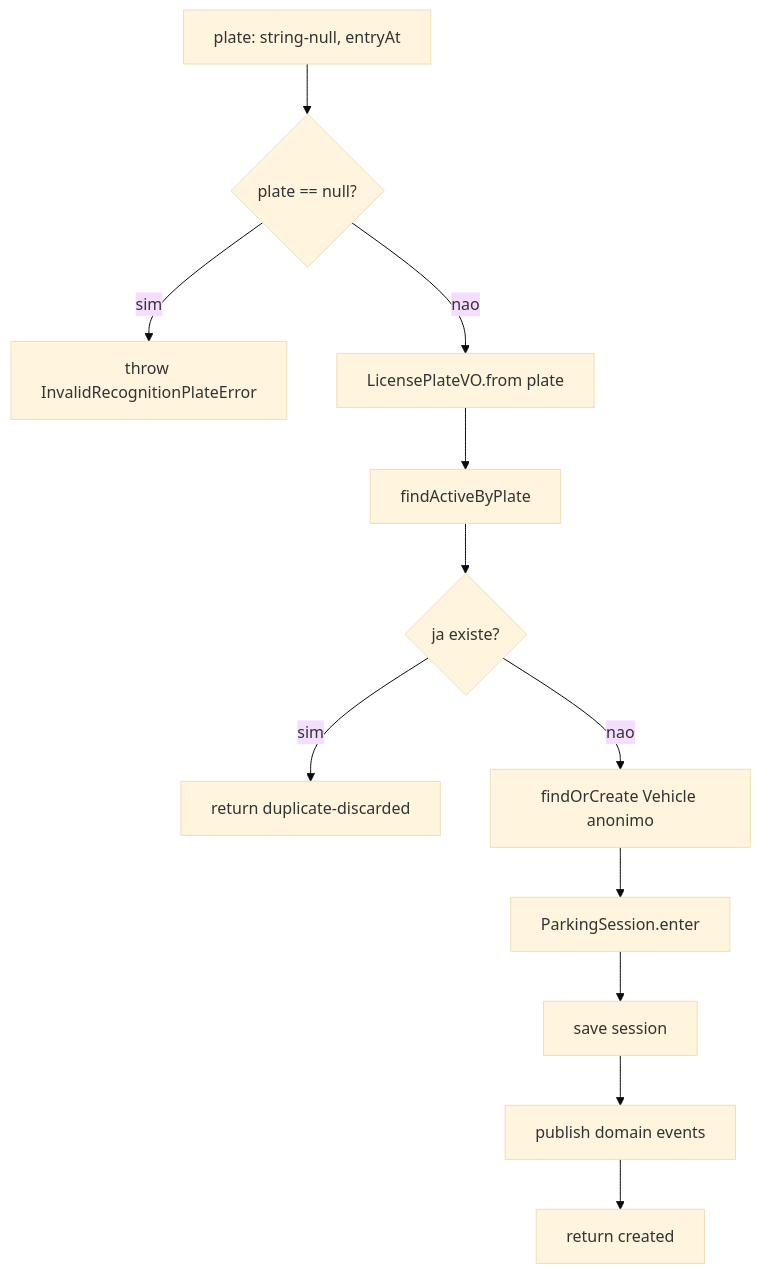
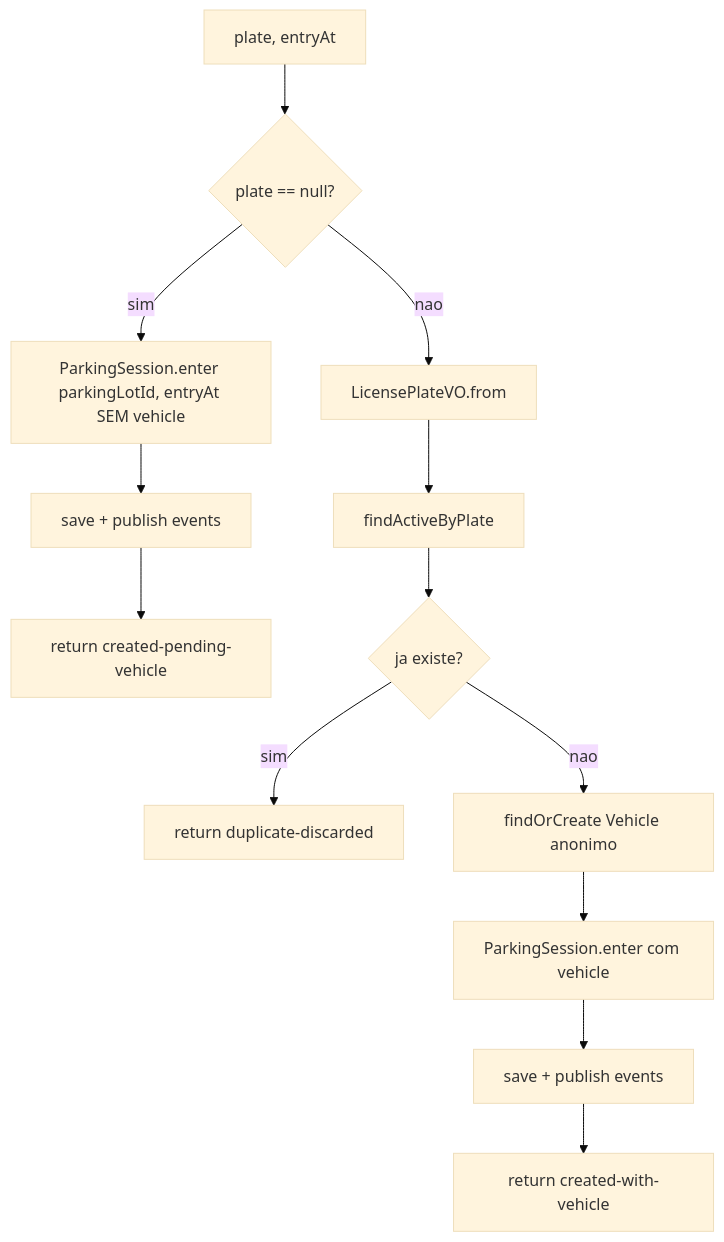
Before and after one commit to luigimenezes13/parking: the seventh of 9 diagrams in docs/sprint-5-events-flow.md, drawn with Mermaid (base theme). The commit also changed other lines of this file and 30 other files, not shown here.

Commit message:
feat: enhance parking session management by implementing pending vehicle handling, updating session creation logic, and refining event emission for vehicle entry and exit

````diff
--- a/docs/sprint-5-events-flow.md
+++ b/docs/sprint-5-events-flow.md
@@ -434,14 +335,15 @@
 ```mermaid
 flowchart TD
-    A[plate: string-null, entryAt] --> B{plate == null?}
-    B -->|sim| Z1[throw InvalidRecognitionPlateError]
-    B -->|nao| C[LicensePlateVO.from plate]
+    A[plate, entryAt] --> B{plate == null?}
+    B -->|sim| P[ParkingSession.enter parkingLotId, entryAt SEM vehicle]
+    P --> P2[save + publish events]
+    P2 --> R1[return created-pending-vehicle]
+    B -->|nao| C[LicensePlateVO.from]
     C --> D[findActiveByPlate]
     D --> E{ja existe?}
-    E -->|sim| F[return duplicate-discarded]
+    E -->|sim| R2[return duplicate-discarded]
     E -->|nao| G[findOrCreate Vehicle anonimo]
-    G --> H[ParkingSession.enter]
-    H --> I[save session]
-    I --> J[publish domain events]
-    J --> K[return created]
+    G --> H[ParkingSession.enter com vehicle]
+    H --> H2[save + publish events]
+    H2 --> R3[return created-with-vehicle]
 ```
````
